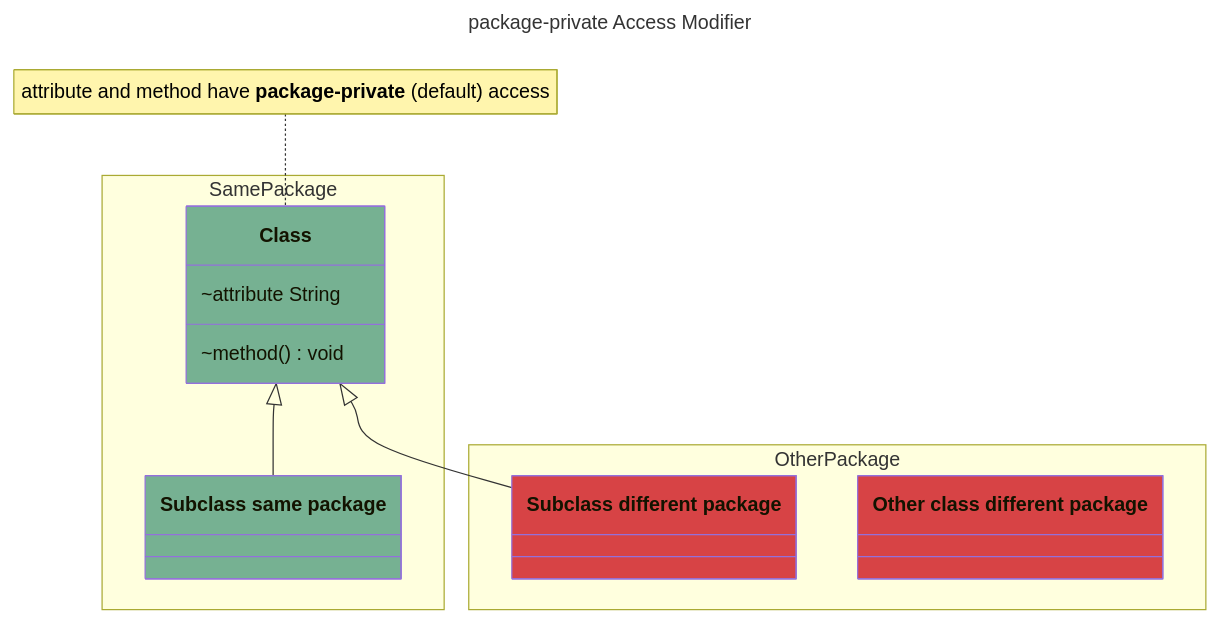
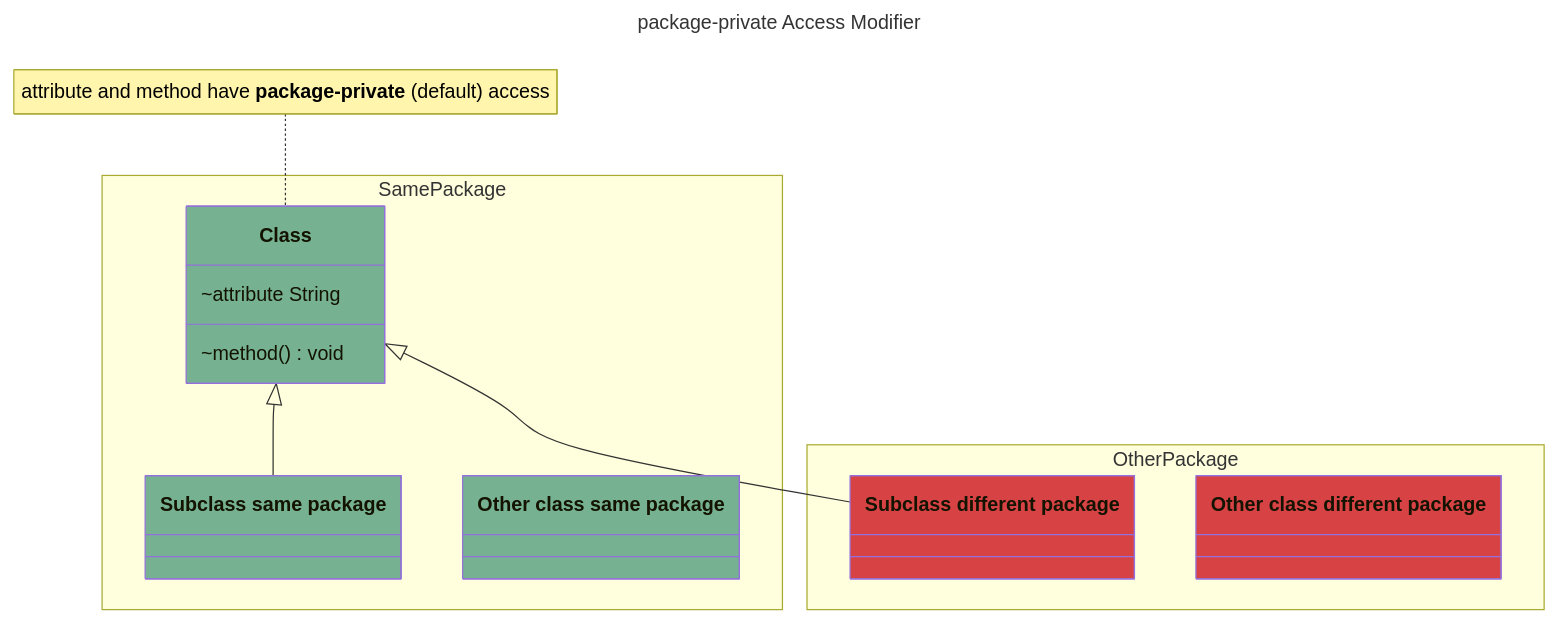
One commit to ebouchut-laplateforme/java-fundamentals changed the fourth of 6 diagrams in README.md. Above: the diagram before and after it, drawn with Mermaid. The commit also changed other lines of this file, not shown here.

First line of the commit message:
docs(README): Add a missing case to the access modifiers class diagrams

````diff
--- a/README.md
+++ b/README.md
@@ -138,31 +143,32 @@
 ```mermaid
 ---
 title: package-private Access Modifier
 ---
 classDiagram
     direction TB
     
     namespace SamePackage {
         class Class:::can_access {
             ~attribute String
             ~method()  void
         }
         class Subclass["Subclass same package"]:::can_access {
         }
+        class OtherClassSamePackage["Other class same package"]:::can_access {
+        }
     }
     note for Class "attribute and method have **package-private** (default) access"
     Class <|-- Subclass
     
     namespace OtherPackage {
         class SubclassOtherPackage["Subclass different package"]:::cannot_access {
         }
         class ClassOtherPackage["Other class different package"]:::cannot_access {
-            
         }
     }
     Class <|-- SubclassOtherPackage
     
     
     classDef can_access    fill:#76B192
     classDef cannot_access fill:#D74345
 ```
````
